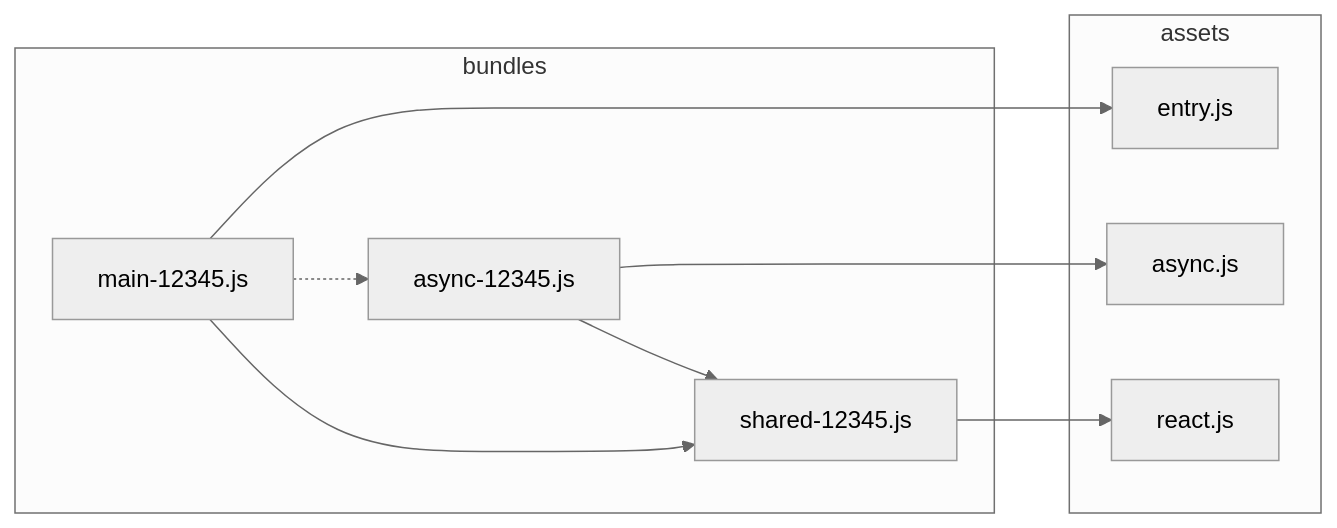
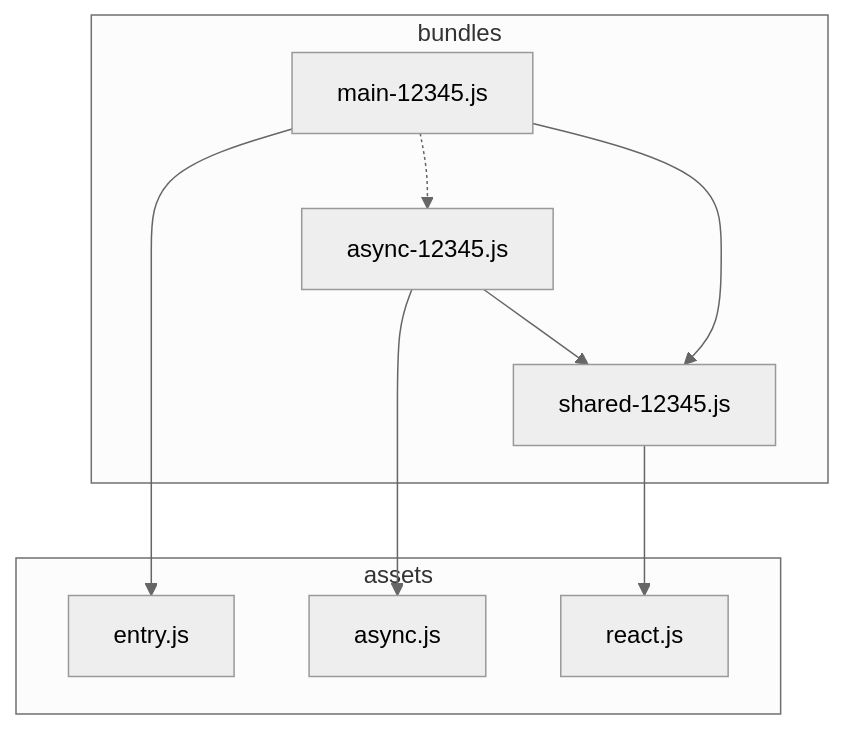
One commit to mattcompiles/parcel-limitations-of-js-slides changed the second of 34 diagrams in slides.md. Above: the diagram before and after it, drawn with Mermaid (neutral theme). The commit also changed other lines of this file and 3 other files, not shown here.

````diff
--- a/slides.md
+++ b/slides.md
@@ -123,13 +116,13 @@
 ```mermaid
-flowchart LR
+flowchart TB
 subgraph bundles
 main-12345.js .-> async-12345.js
 main-12345.js --> shared-12345.js
 async-12345.js --> shared-12345.js
 end
 subgraph assets
 main-12345.js --> entry.js
 async-12345.js --> async.js
 shared-12345.js --> react.js
 end
 ```
````
